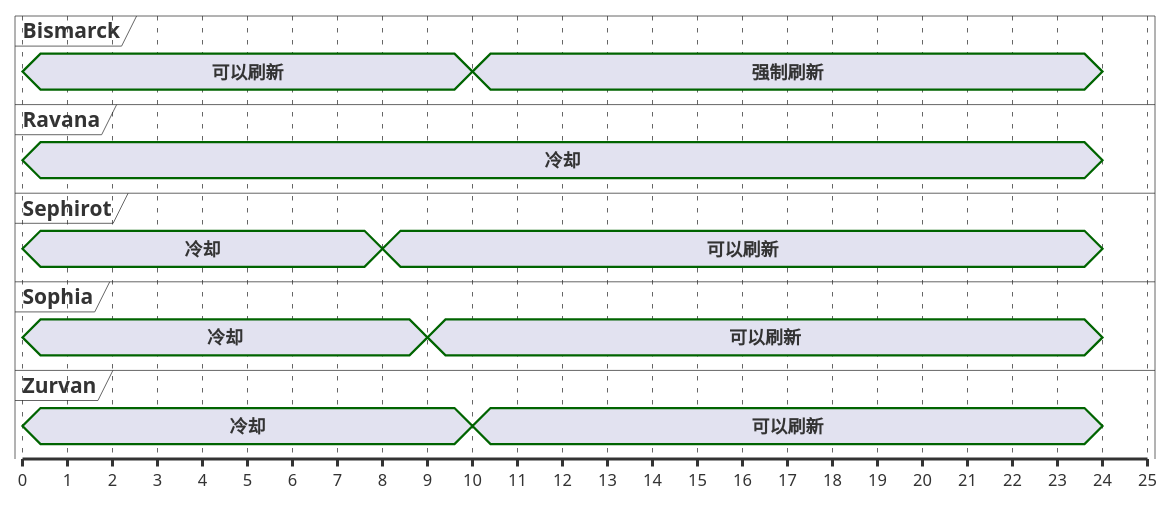
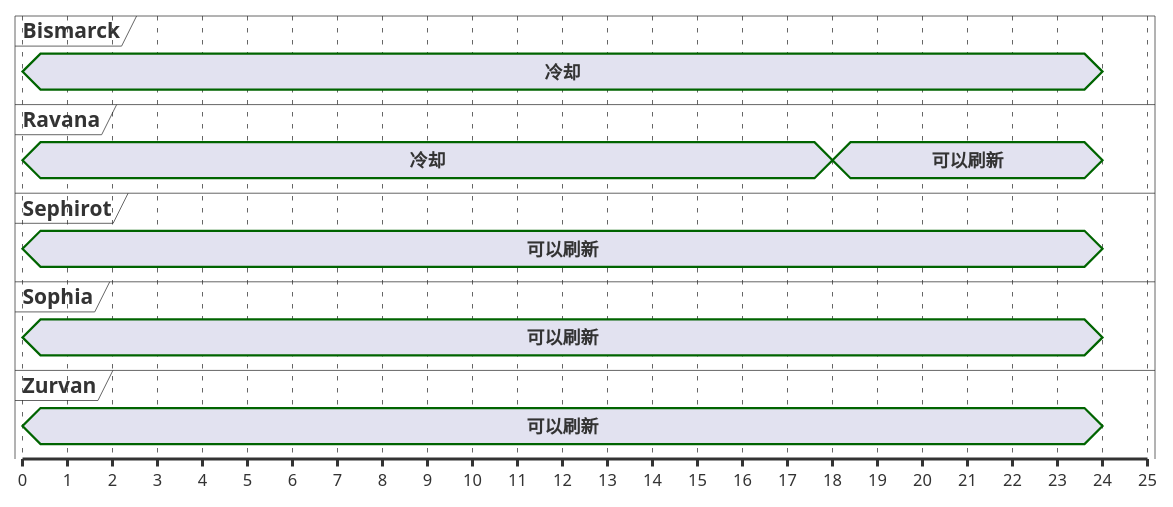
Before and after one commit to Eroleice/doc-pi: diagram 13 of 13 in ffxiv/hunt/6.0/Ophioneus.md, drawn with PlantUML. The commit also changed other lines of this file and 38 other files, not shown here.

````diff
--- a/ffxiv/hunt/6.0/Ophioneus.md
+++ b/ffxiv/hunt/6.0/Ophioneus.md
@@ -897,36 +917,33 @@
 ```plantuml
 @startuml
 scale 1 as 30 pixels
 
 concise Bismarck
 concise Ravana
 concise Sephirot
 concise Sophia
 concise Zurvan
 
-@Bismarck
+@Sephirot
 0 is 可以刷新
-10 is 强制刷新
-24 is {hidden}
-
-@Sephirot
-0 is 冷却
-8 is 可以刷新
 24 is {hidden}
 
 @Sophia
-0 is 冷却
-9 is 可以刷新
+0 is 可以刷新
 24 is {hidden}
 
 @Zurvan
-0 is 冷却
-10 is 可以刷新
+0 is 可以刷新
 24 is {hidden}
 
 @Ravana
+0 is 冷却
+18 is 可以刷新
+24 is {hidden}
+
+@Bismarck
 0 is 冷却
 24 is {hidden}
 
 @enduml
 ```
````
